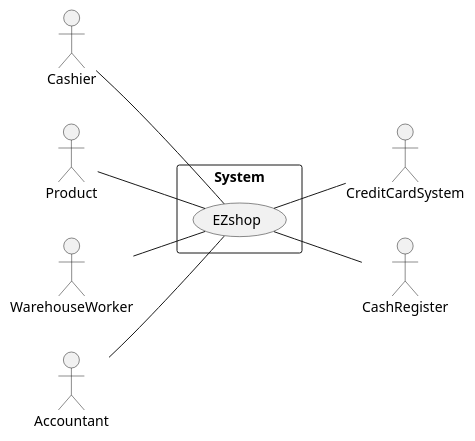
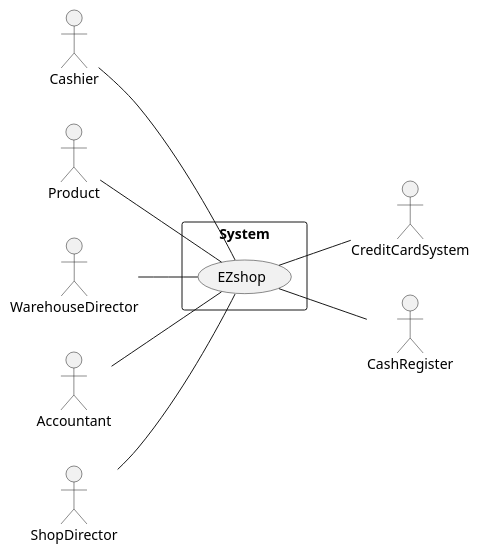
Before and after one commit to Stormz4/group20-EzShop: the diagram in Deliverables/RequirementsDocument.md, drawn with PlantUML. The commit also changed other lines of this file, not shown here.

````diff
--- a/Deliverables/RequirementsDocument.md
+++ b/Deliverables/RequirementsDocument.md
@@ -66,16 +68,17 @@
 ```plantuml
 @startuml
 left to right direction
 
 rectangle System{
 	usecase "EZshop" as Shop
 }
 
 Cashier --  Shop
 Product --  Shop
-WarehouseWorker --  Shop
+WarehouseDirector --  Shop
 Accountant --  Shop
+ShopDirector -- Shop
 Shop -- CreditCardSystem
 Shop -- CashRegister
 @enduml
 ```
````
